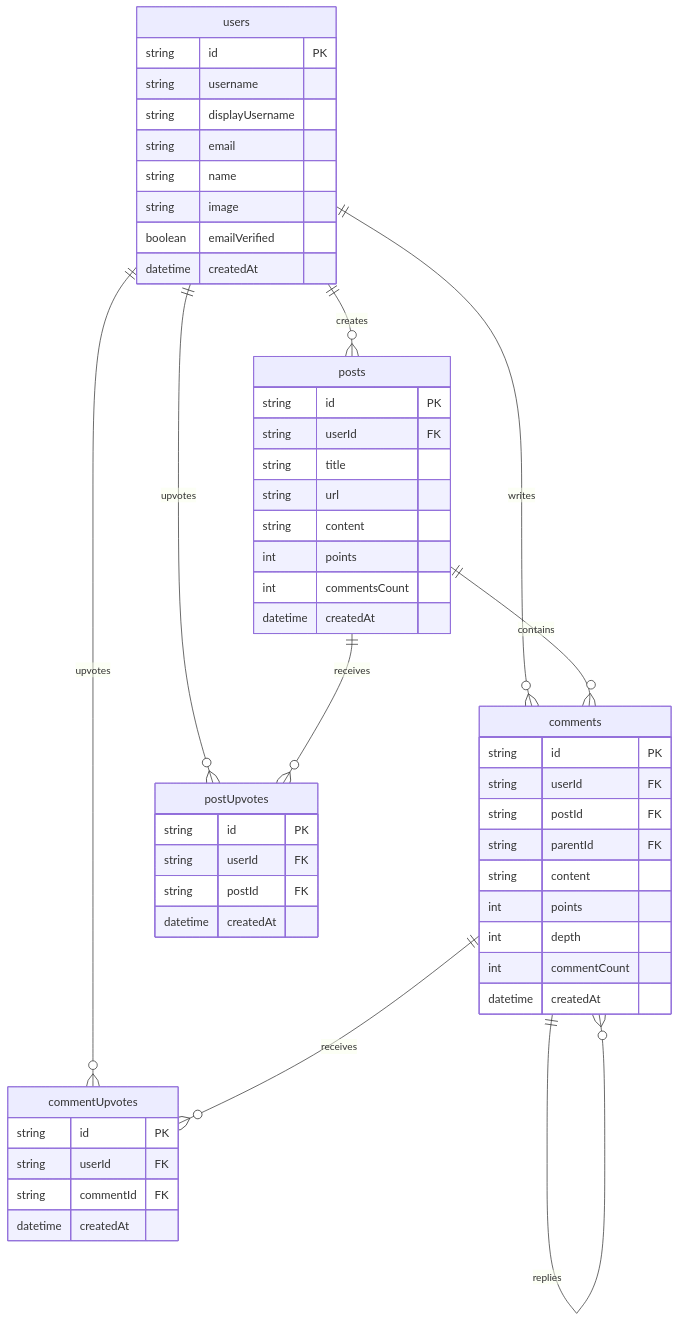
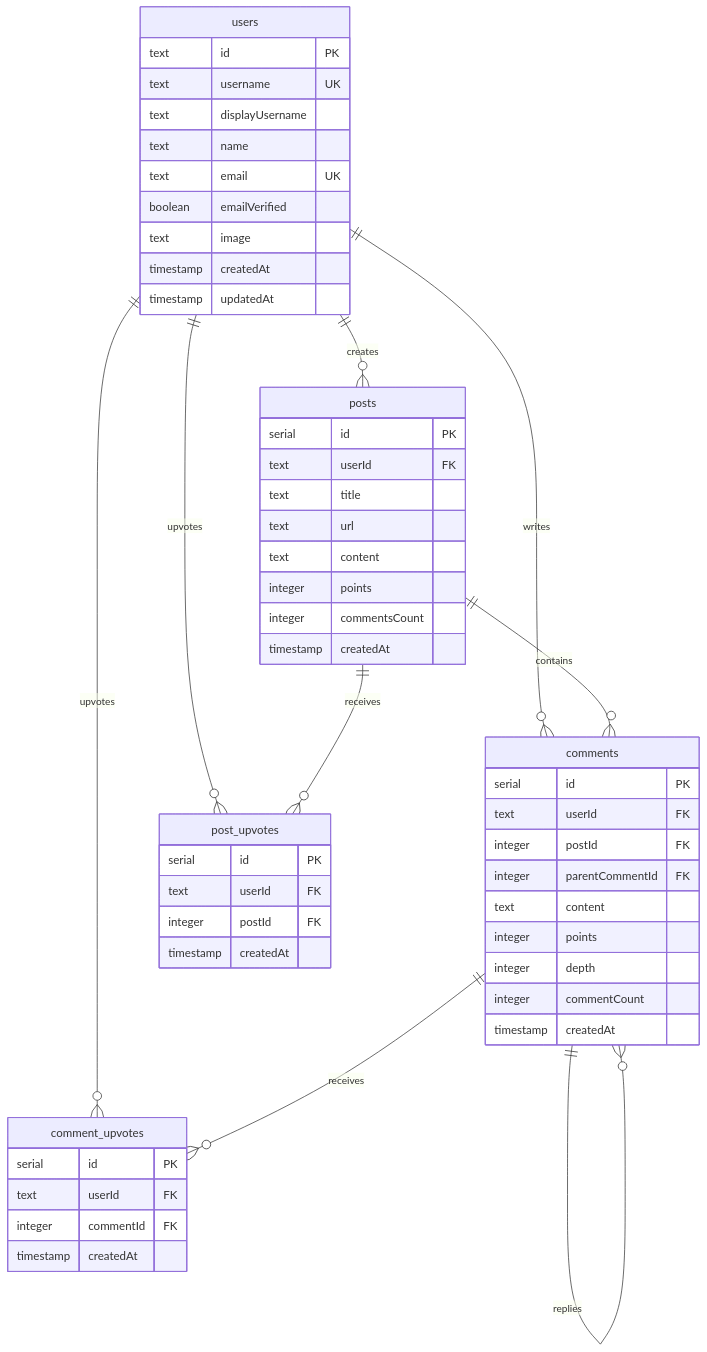
Before and after one commit to samuel032khoury/hackernews: the second of 2 diagrams in server/README.md, drawn with Mermaid. The commit also changed other lines of this file, not shown here.

````diff
--- a/server/README.md
+++ b/server/README.md
@@ -113,60 +126,60 @@
 ```mermaid
 erDiagram
     users ||--o{ posts : creates
     users ||--o{ comments : writes
-    users ||--o{ postUpvotes : upvotes
-    users ||--o{ commentUpvotes : upvotes
+    users ||--o{ post_upvotes : upvotes
+    users ||--o{ comment_upvotes : upvotes
     posts ||--o{ comments : contains
-    posts ||--o{ postUpvotes : receives
+    posts ||--o{ post_upvotes : receives
     comments ||--o{ comments : replies
-    comments ||--o{ commentUpvotes : receives
-    
+    comments ||--o{ comment_upvotes : receives
+
     users {
-        string id PK
-        string username
-        string displayUsername
-        string email
-        string name
-        string image
+        text id PK
+        text username UK
+        text displayUsername
+        text name
+        text email UK
         boolean emailVerified
-        datetime createdAt
+        text image
+        timestamp createdAt
+        timestamp updatedAt
     }
-    
-    
+
     posts {
-        string id PK
-        string userId FK
-        string title
-        string url
-        string content
-        int points
-        int commentsCount
-        datetime createdAt
+        serial id PK
+        text userId FK
+        text title
+        text url
+        text content
+        integer points
+        integer commentsCount
+        timestamp createdAt
     }
-    
+
     comments {
-        string id PK
-        string userId FK
-        string postId FK
-        string parentId FK
-        string content
-        int points
-        int depth
-        int commentCount
-        datetime createdAt
+        serial id PK
+        text userId FK
+        integer postId FK
+        integer parentCommentId FK
+        text content
+        integer points
+        integer depth
+        integer commentCount
+        timestamp createdAt
     }
-    
-    postUpvotes {
-        string id PK
-        string userId FK
-        string postId FK
-        datetime createdAt
+
+    post_upvotes {
+        serial id PK
+        text userId FK
+        integer postId FK
+        timestamp createdAt
     }
-    
-    commentUpvotes {
-        string id PK
-        string userId FK
-        string commentId FK
-        datetime createdAt
+
+    comment_upvotes {
+        serial id PK
+        text userId FK
+        integer commentId FK
+        timestamp createdAt
     }
 ```
````
